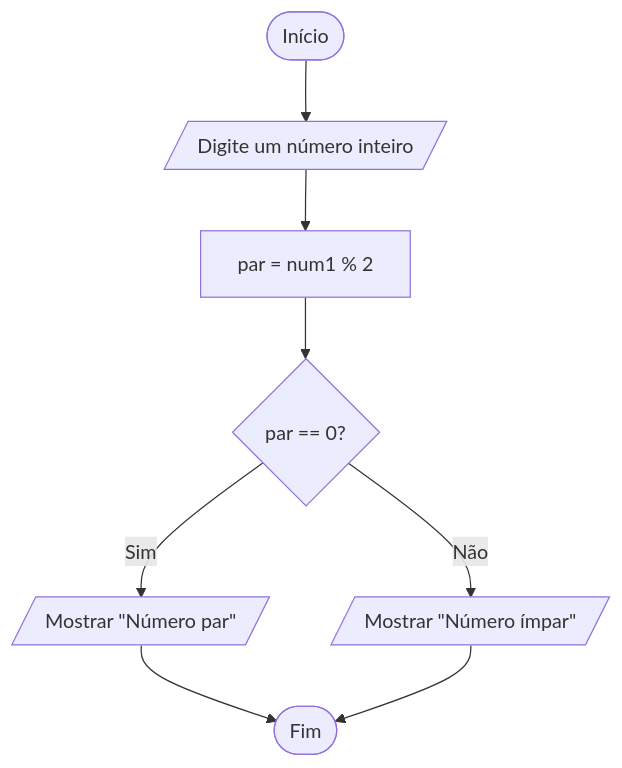
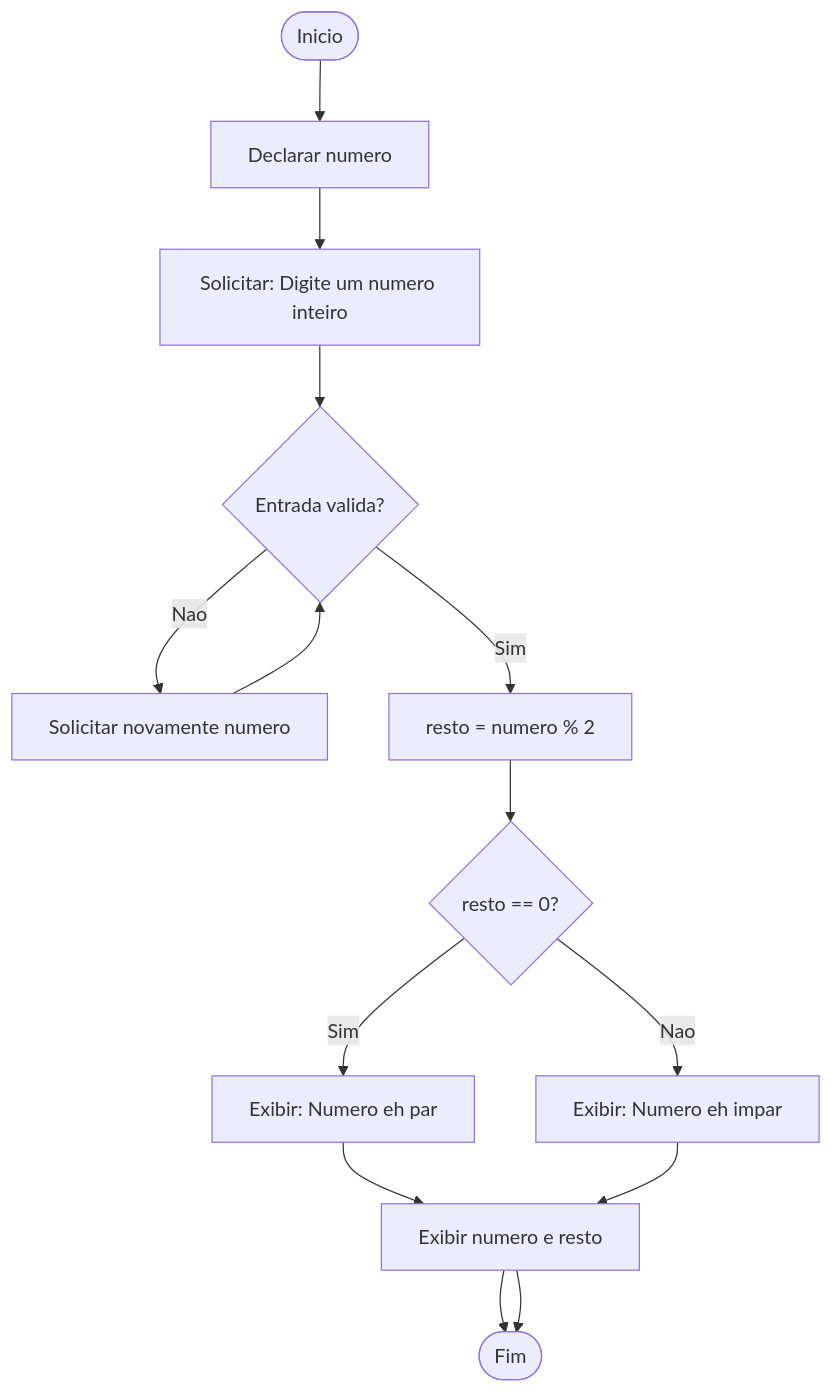
The fifth of 10 diagrams in README.md (DanoloBR/portiflio-dan), drawn with Mermaid before and after one commit. The commit also changed other lines of this file, not shown here.

````diff
--- a/README.md
+++ b/README.md
@@ -88,10 +96,20 @@
 ```mermaid
 flowchart TD
-  A([Início]) --> B[/Digite um número inteiro/]
-  B --> C[par = num1 % 2]
-  C --> D{par == 0?}
-  D -->|Sim| E[/Mostrar "Número par"/]
-  D -->|Não| F[/Mostrar "Número ímpar"/]
-  E --> G([Fim])
-  F --> G
+    A([Inicio])
+    B[Declarar numero]
+    C[Solicitar: Digite um numero inteiro]
+    D{Entrada valida?}
+    E[Solicitar novamente numero]
+    F[resto = numero % 2]
+    G{resto == 0?}
+    H[Exibir: Numero eh par]
+    I[Exibir: Numero eh impar]
+    J[Exibir numero e resto]
+    K([Fim])
+
+    A --> B --> C --> D
+    D -->|Nao| E --> D
+    D -->|Sim| F --> G
+    G -->|Sim| H --> J --> K
+    G -->|Nao| I --> J --> K
 ```
````
